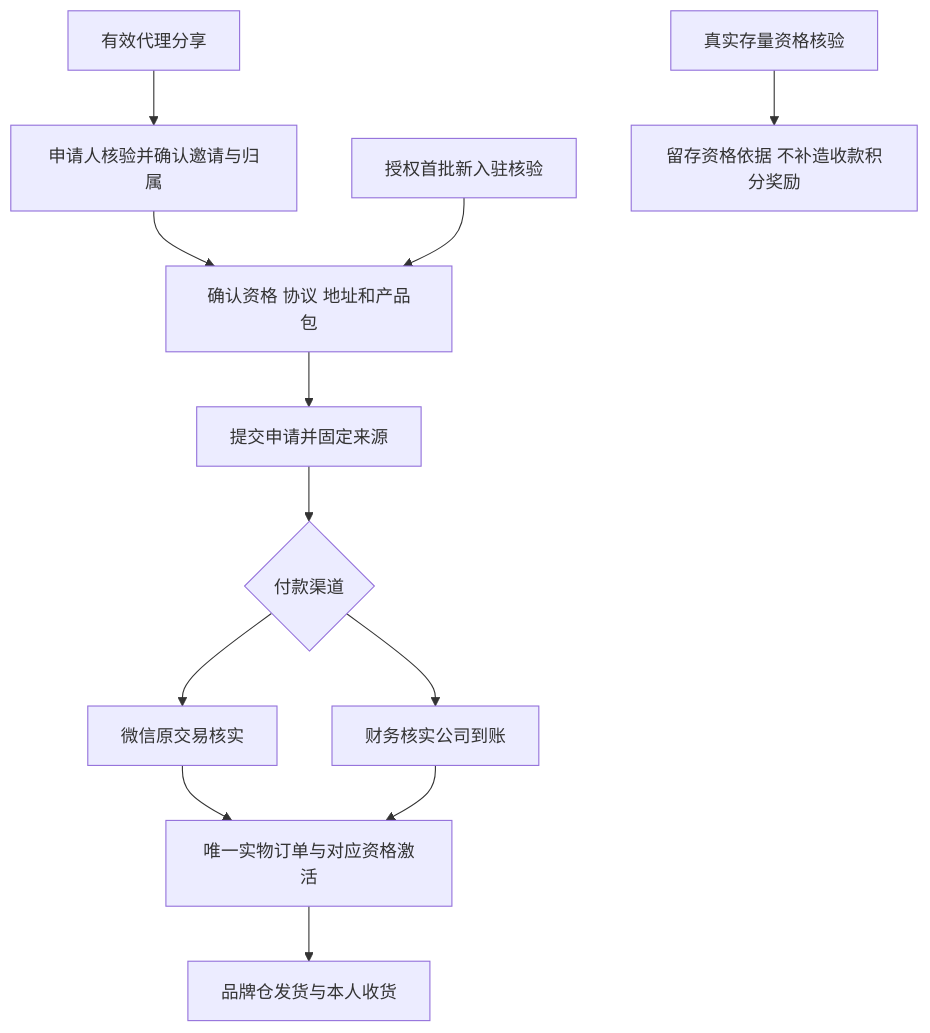
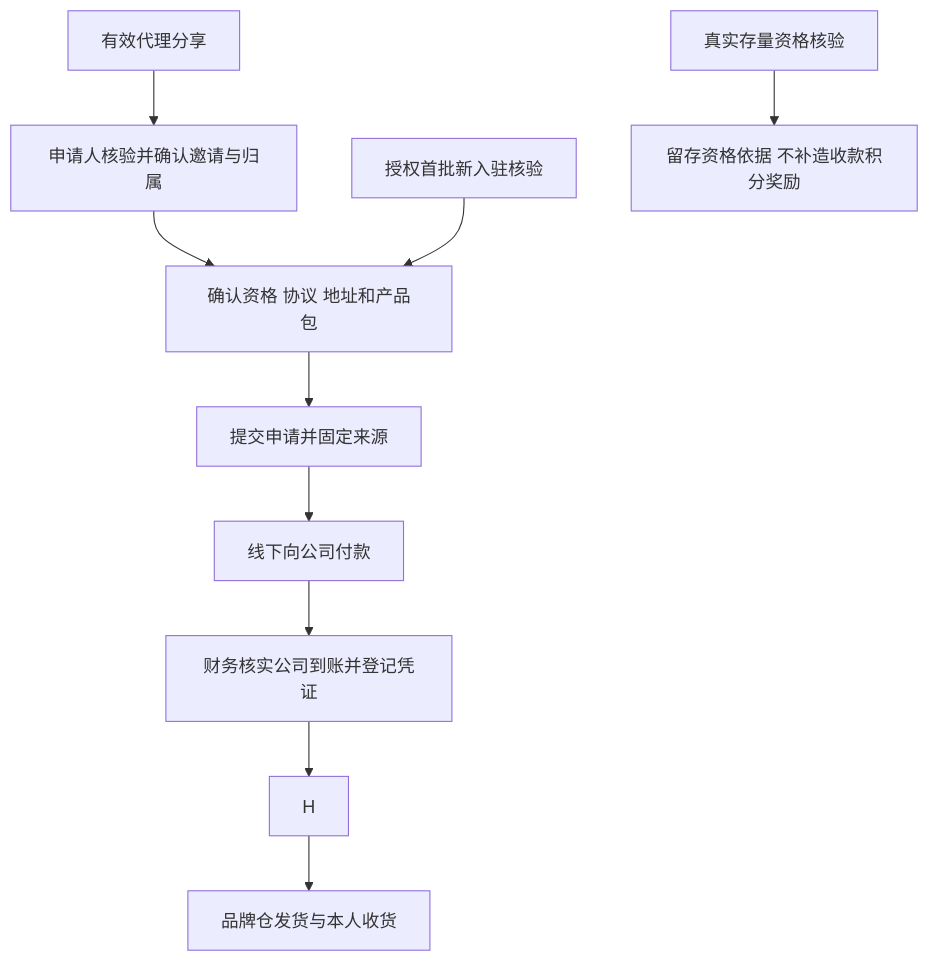
One commit to OneCattt/jianyanji changed the first of 2 diagrams in docs/design/V2页面与业务流程.md. Above: the diagram before and after it, drawn with Mermaid. The commit also changed other lines of this file and 73 other files, not shown here.

````diff
--- a/docs/design/V2页面与业务流程.md
+++ b/docs/design/V2页面与业务流程.md
@@ -33,14 +34,12 @@
 ```mermaid
 flowchart TD
   A[有效代理分享] --> B[申请人核验并确认邀请与归属]
   B --> C[确认资格 协议 地址和产品包]
   C --> D[提交申请并固定来源]
-  D --> E{付款渠道}
-  E --> F[微信原交易核实]
-  E --> G[财务核实公司到账]
-  F --> H[唯一实物订单与对应资格激活]
+  D --> E[线下向公司付款]
+  E --> G[财务核实公司到账并登记凭证]
   G --> H
   H --> I[品牌仓发货与本人收货]
   J[授权首批新入驻核验] --> C
   K[真实存量资格核验] --> L[留存资格依据 不补造收款积分奖励]
 ```
````
